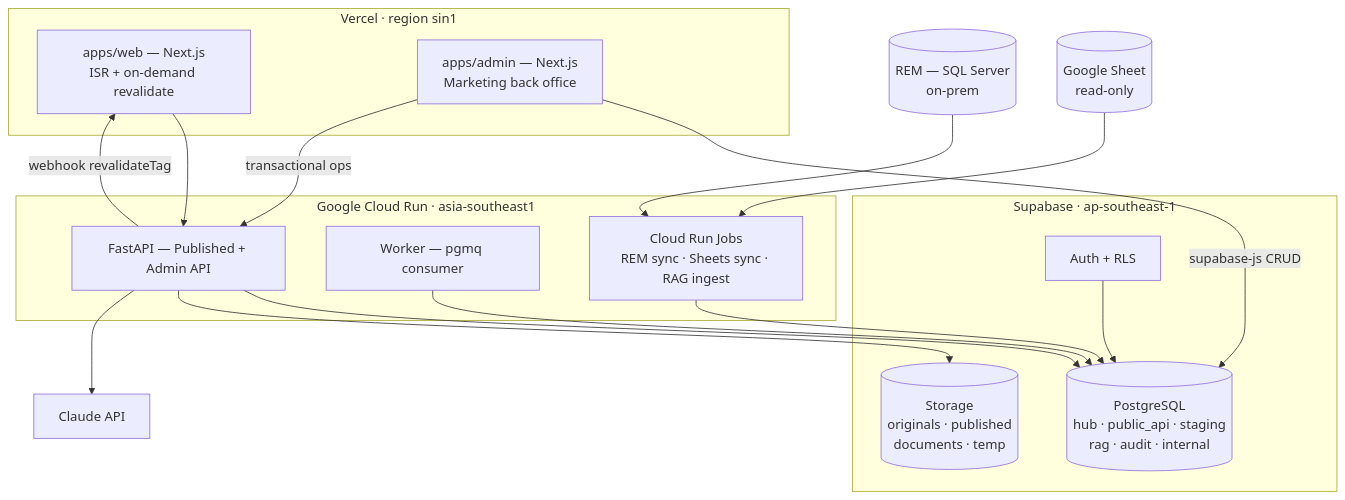
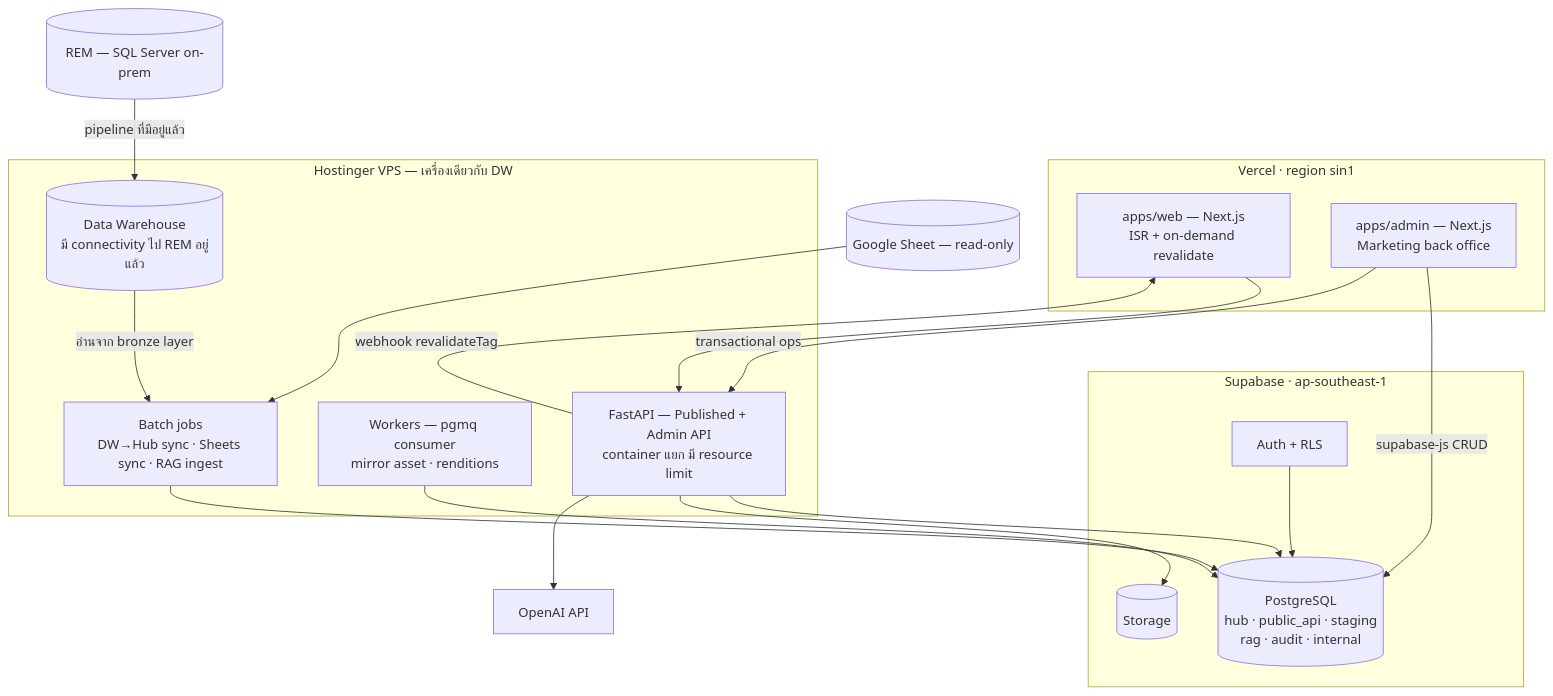
One commit to Keetawon/sena_digital_hub_mkt changed the first of 2 diagrams in docs/10-tech-stack.md. Above: the diagram before and after it, drawn with Mermaid. The commit also changed other lines of this file and 1 other file, not shown here.

First line of the commit message:
docs: revise stack for OpenAI LLM and Hostinger jobs alongside the DW

````diff
--- a/docs/10-tech-stack.md
+++ b/docs/10-tech-stack.md
@@ -35,33 +35,35 @@
 ```mermaid
 flowchart TD
     subgraph VERCEL["Vercel · region sin1"]
         WEB["apps/web — Next.js<br/>ISR + on-demand revalidate"]
         ADMIN["apps/admin — Next.js<br/>Marketing back office"]
     end
-    subgraph GCP["Google Cloud Run · asia-southeast1"]
-        API["FastAPI — Published + Admin API"]
-        WORKER["Worker — pgmq consumer"]
-        JOBS["Cloud Run Jobs<br/>REM sync · Sheets sync · RAG ingest"]
+    subgraph HOST["Hostinger VPS — เครื่องเดียวกับ DW"]
+        DW[("Data Warehouse<br/>มี connectivity ไป REM อยู่แล้ว")]
+        API["FastAPI — Published + Admin API<br/>container แยก มี resource limit"]
+        WORKER["Workers — pgmq consumer<br/>mirror asset · renditions"]
+        JOBS["Batch jobs<br/>DW→Hub sync · Sheets sync · RAG ingest"]
     end
     subgraph SUPA["Supabase · ap-southeast-1"]
         PG[("PostgreSQL<br/>hub · public_api · staging<br/>rag · audit · internal")]
-        STO[("Storage<br/>originals · published<br/>documents · temp")]
+        STO[("Storage")]
         AUTH["Auth + RLS"]
     end
-    REM[("REM — SQL Server<br/>on-prem")]
-    SHEET[("Google Sheet<br/>read-only")]
-    LLM["Claude API"]
+    REM[("REM — SQL Server on-prem")]
+    SHEET[("Google Sheet — read-only")]
+    LLM["OpenAI API"]
 
+    REM -->|pipeline ที่มีอยู่แล้ว| DW
+    DW -->|อ่านจาก bronze layer| JOBS
+    SHEET --> JOBS
     ADMIN -->|supabase-js CRUD| PG
     ADMIN -->|transactional ops| API
     WEB --> API
     API --> PG
     API --> STO
     API --> LLM
     WORKER --> PG
     JOBS --> PG
-    REM --> JOBS
-    SHEET --> JOBS
     AUTH --> PG
     API -->|webhook revalidateTag| WEB
 ```
````
